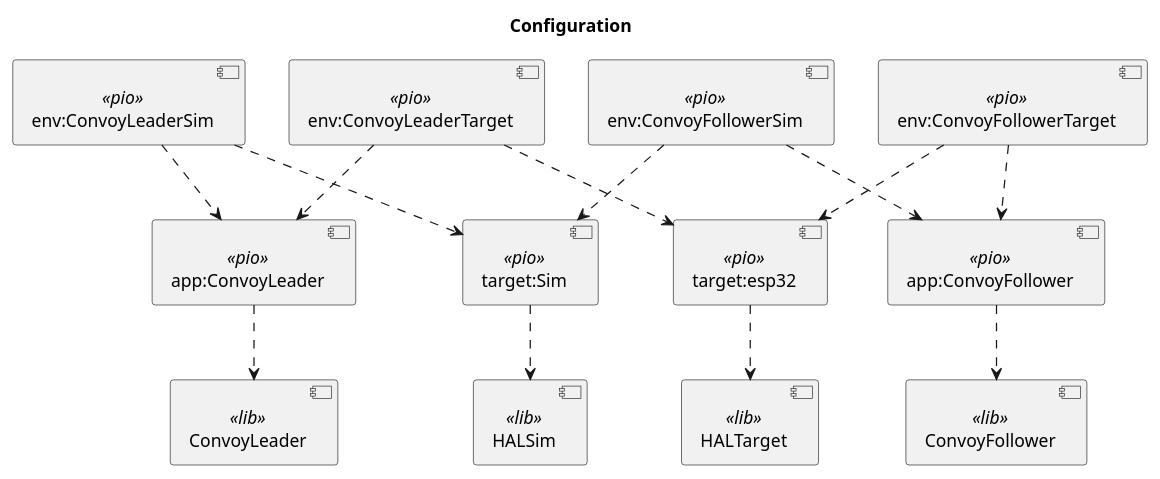
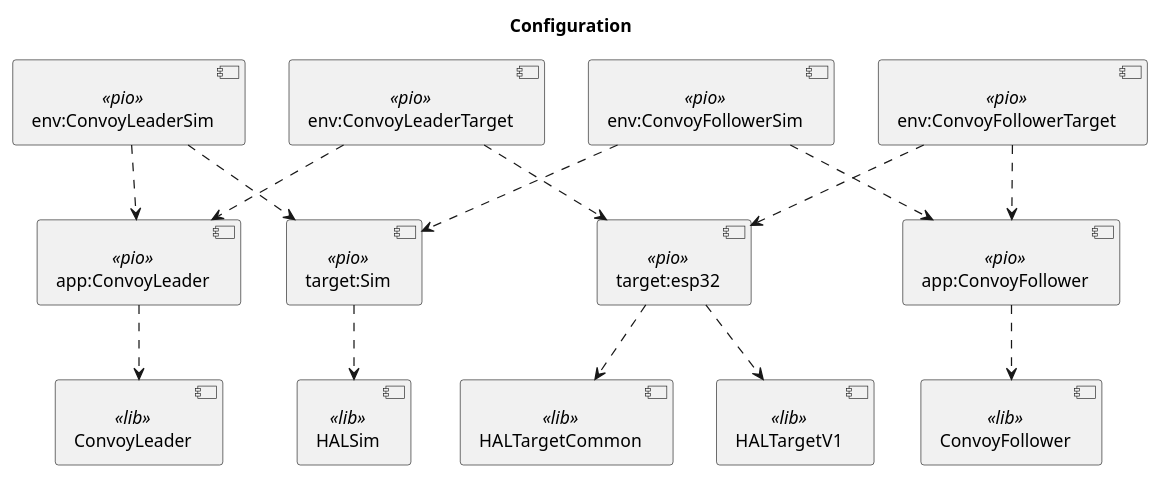
One commit to BlueAndi/DroidControlShip changed the diagram in doc/configuration/uml/configuration.plantuml. Above: the diagram before and after it, drawn with PlantUML. The commit also changed 1 other file, not shown here.

```diff
--- a/doc/configuration/uml/configuration.plantuml
+++ b/doc/configuration/uml/configuration.plantuml
@@ -1,41 +1,43 @@
 @startuml
 
 title Configuration
 
 component "env:ConvoyLeaderTarget" <<pio>> as envConvoyLeader
 component "env:ConvoyLeaderSim" <<pio>> as envConvoyLeaderSim
 
 component "env:ConvoyFollowerTarget" <<pio>> as envConvoyFollower
 component "env:ConvoyFollowerSim" <<pio>> as envConvoyFollowerSim
 
 component "app:ConvoyLeader" <<pio>> as appConvoyLeader
 component "app:ConvoyFollower" <<pio>> as appConvoyFollower
 
 component "ConvoyLeader" <<lib>> as convoyLeader
 component "ConvoyFollower" <<lib>> as convoyFollower
 
 component "target:esp32" <<pio>> as targetEsp32
 component "target:Sim" <<pio>> as targetSim
 
-component "HALTarget" <<lib>> as halTarget
+component "HALTargetCommon" <<lib>> as halTarget
+component "HALTargetV1" <<lib>> as halTargetV1
 component "HALSim" <<lib>> as halSim
 
 envConvoyLeader ..> appConvoyLeader
 envConvoyLeader ..> targetEsp32
 
 envConvoyLeaderSim ..> appConvoyLeader
 envConvoyLeaderSim ..> targetSim
 
 envConvoyFollower ..> appConvoyFollower
 envConvoyFollower ..> targetEsp32
 
 envConvoyFollowerSim ..> appConvoyFollower
 envConvoyFollowerSim ..> targetSim
 
 appConvoyLeader ..> convoyLeader
 appConvoyFollower ..> convoyFollower
 
 targetEsp32 ..> halTarget
+targetEsp32 ..> halTargetV1
 targetSim ..> halSim
 
 @enduml
```
